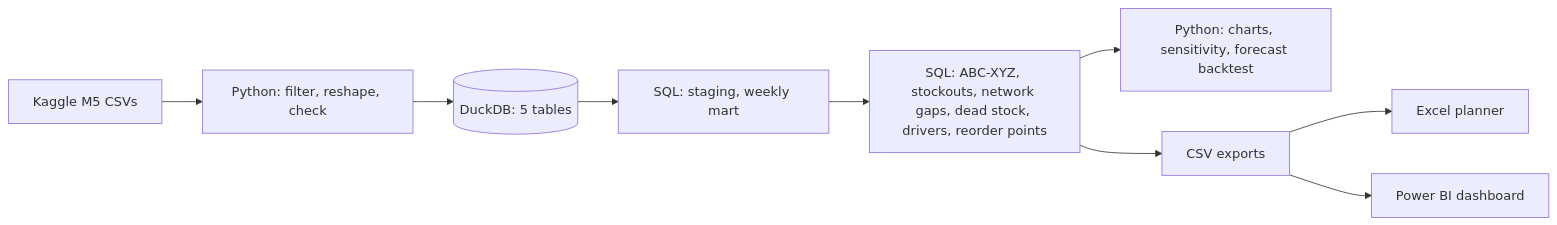
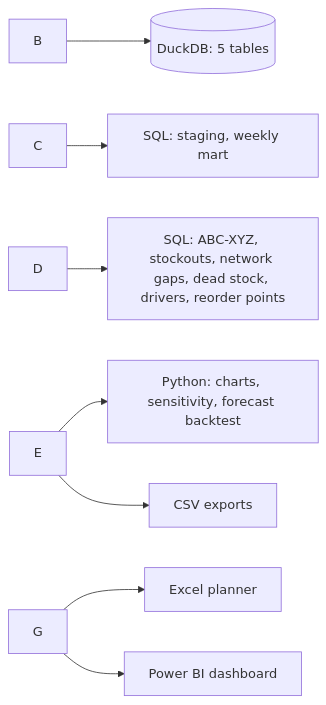
Before and after one commit to farah-annisa/inventory-health-analysis: the diagram in README.md, drawn with Mermaid. The commit also changed other lines of this file and 58 other files, not shown here.

Commit message:
Add Power BI dashboard

````diff
--- a/README.md
+++ b/README.md
@@ -96,11 +94,12 @@
 ```mermaid
 flowchart LR
-  A[Kaggle M5 CSVs] --> B[Python: filter, reshape, check]
-  B --> C[(DuckDB: 5 tables)]
-  C --> D[SQL: staging, weekly mart]
-  D --> E[SQL: ABC-XYZ, stockouts, network gaps, dead stock, drivers, reorder points]
-  E --> F[Python: charts, sensitivity, forecast backtest]
-  E --> G[CSV exports]
-  G --> H[Excel planner]
-  G --> I[Power BI dashboard]
+
+B --> C\[(DuckDB: 5 tables)]
+C --> D\[SQL: staging, weekly mart]
+D --> E\[SQL: ABC-XYZ, stockouts, network gaps, dead stock, drivers, reorder points]
+E --> F\[Python: charts, sensitivity, forecast backtest]
+E --> G\[CSV exports]
+G --> H\[Excel planner]
+G --> I\[Power BI dashboard]
+
 ```
````
